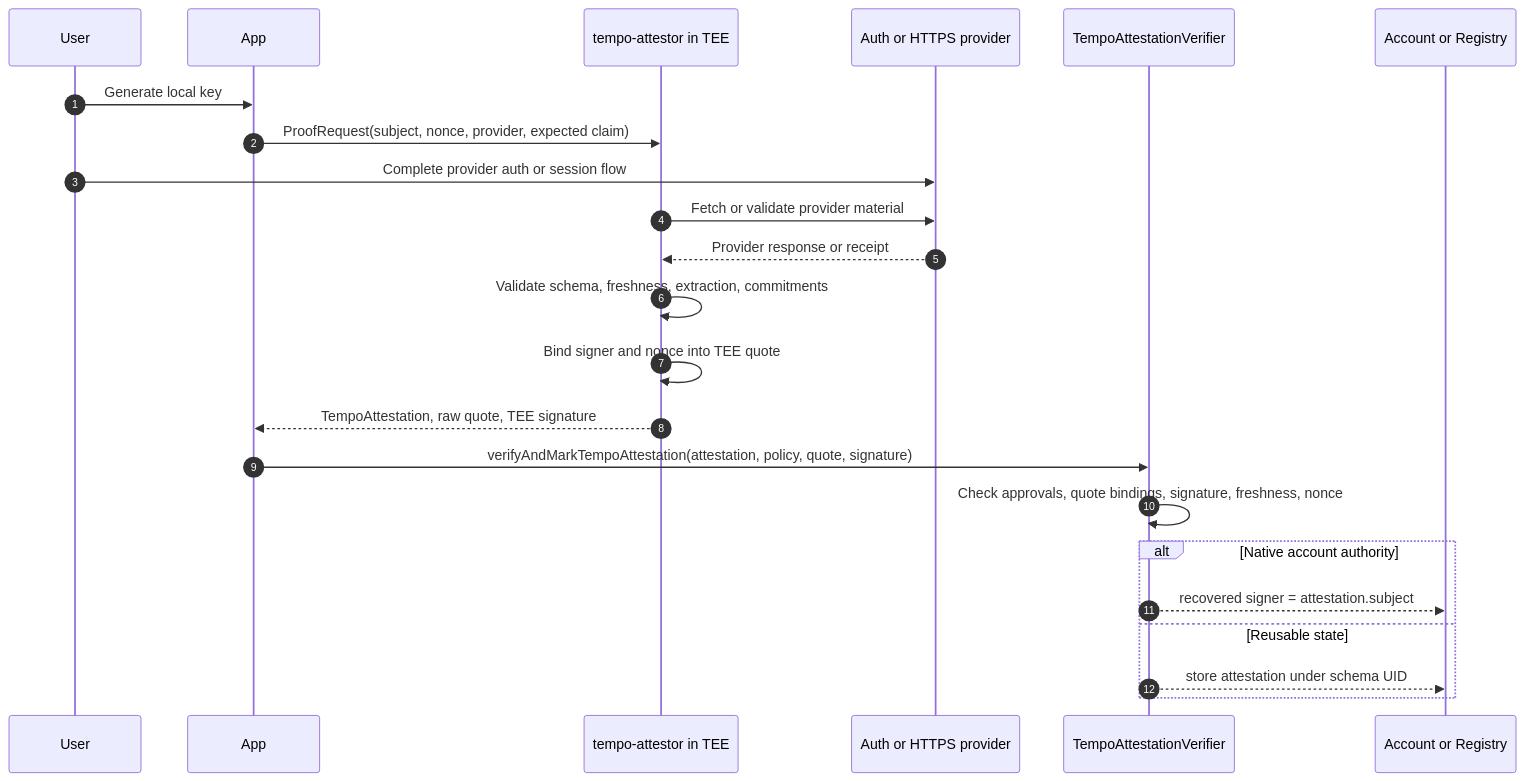
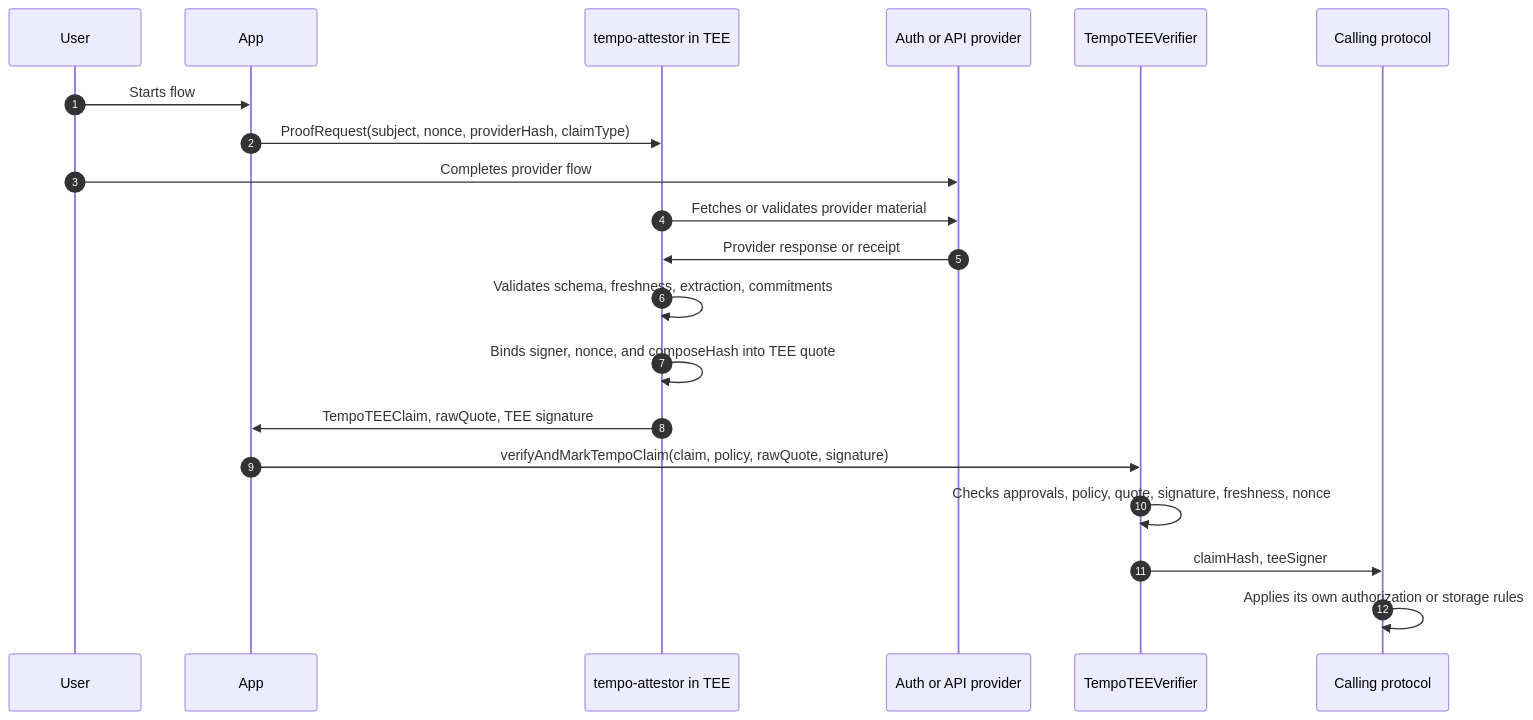
One commit to tempoxyz/docs changed the diagram in src/pages/protocol/tips/tip-1075.mdx. Above: the diagram before and after it, drawn with Mermaid. The commit also changed other lines of this file, not shown here.

Commit message:
docs(tip-1075): specify Tempo TEE verifier

````diff
--- a/src/pages/protocol/tips/tip-1075.mdx
+++ b/src/pages/protocol/tips/tip-1075.mdx
@@ -85,26 +79,23 @@
 ```mermaid
 sequenceDiagram
     autonumber
     participant User
     participant App
     participant Attestor as tempo-attestor in TEE
-    participant Provider as Auth or HTTPS provider
-    participant Verifier as TempoAttestationVerifier
-    participant Account as Account or Registry
+    participant Provider as Auth or API provider
+    participant Verifier as TempoTEEVerifier
+    participant Consumer as Calling protocol
 
-    User->>App: Generate local key
-    App->>Attestor: ProofRequest(subject, nonce, provider, expected claim)
-    User->>Provider: Complete provider auth or session flow
-    Attestor->>Provider: Fetch or validate provider material
-    Provider-->>Attestor: Provider response or receipt
-    Attestor->>Attestor: Validate schema, freshness, extraction, commitments
-    Attestor->>Attestor: Bind signer and nonce into TEE quote
-    Attestor-->>App: TempoAttestation, raw quote, TEE signature
-    App->>Verifier: verifyAndMarkTempoAttestation(attestation, policy, quote, signature)
-    Verifier->>Verifier: Check approvals, quote bindings, signature, freshness, nonce
-    alt Native account authority
-        Verifier-->>Account: recovered signer = attestation.subject
-    else Reusable state
-        Verifier-->>Account: store attestation under schema UID
-    end
+    User->>App: Starts flow
+    App->>Attestor: ProofRequest(subject, nonce, providerHash, claimType)
+    User->>Provider: Completes provider flow
+    Attestor->>Provider: Fetches or validates provider material
+    Provider->>Attestor: Provider response or receipt
+    Attestor->>Attestor: Validates schema, freshness, extraction, commitments
+    Attestor->>Attestor: Binds signer, nonce, and composeHash into TEE quote
+    Attestor->>App: TempoTEEClaim, rawQuote, TEE signature
+    App->>Verifier: verifyAndMarkTempoClaim(claim, policy, rawQuote, signature)
+    Verifier->>Verifier: Checks approvals, policy, quote, signature, freshness, nonce
+    Verifier->>Consumer: claimHash, teeSigner
+    Consumer->>Consumer: Applies its own authorization or storage rules
 ```
````
